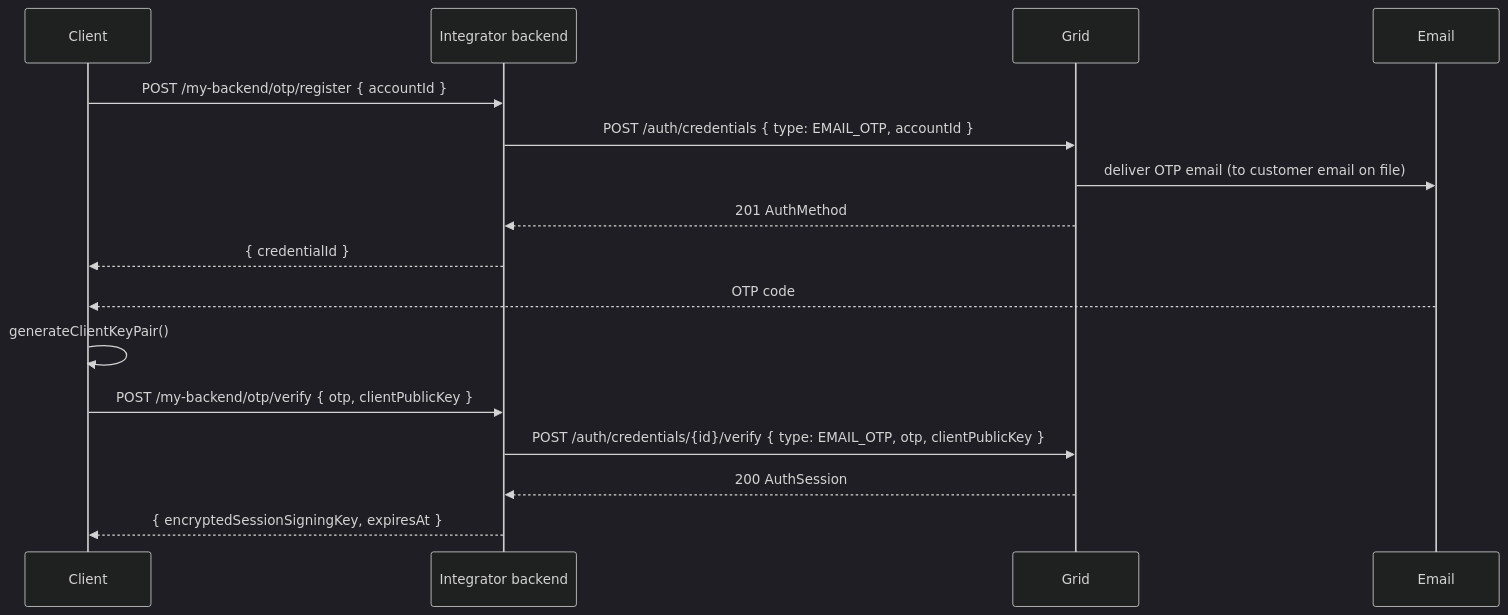
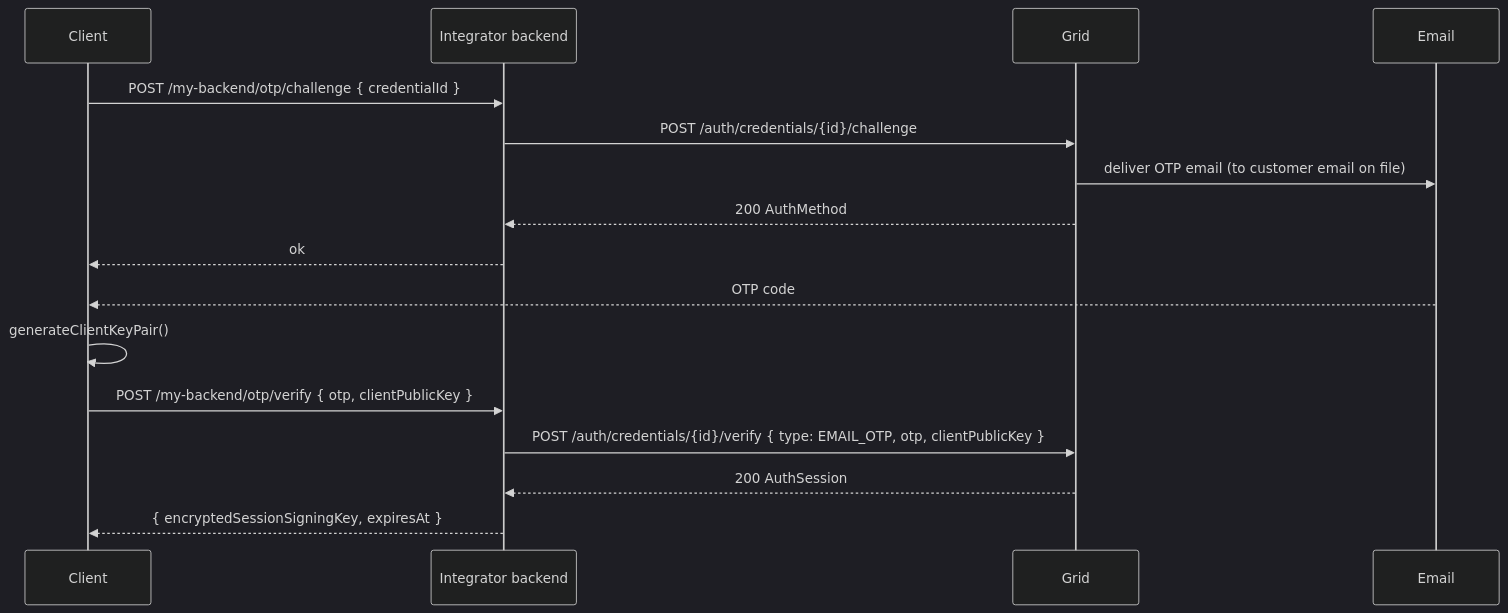
One commit to lightsparkdev/grid-api changed the fourth of 5 diagrams in mintlify/snippets/global-accounts/authentication.mdx. Above: the diagram before and after it, drawn with Mermaid (dark theme). The commit also changed other lines of this file and 12 other files, not shown here.

````diff
--- a/mintlify/snippets/global-accounts/authentication.mdx
+++ b/mintlify/snippets/global-accounts/authentication.mdx
@@ -425,19 +470,19 @@
 ```mermaid
 sequenceDiagram
   participant C as Client
   participant IB as Integrator backend
   participant G as Grid
   participant E as Email
 
-  C->>IB: POST /my-backend/otp/register { accountId }
-  IB->>G: POST /auth/credentials { type: EMAIL_OTP, accountId }
+  C->>IB: POST /my-backend/otp/challenge { credentialId }
+  IB->>G: POST /auth/credentials/{id}/challenge
   G->>E: deliver OTP email (to customer email on file)
-  G-->>IB: 201 AuthMethod
-  IB-->>C: { credentialId }
+  G-->>IB: 200 AuthMethod
+  IB-->>C: ok
   E-->>C: OTP code
   C->>C: generateClientKeyPair()
   C->>IB: POST /my-backend/otp/verify { otp, clientPublicKey }
   IB->>G: POST /auth/credentials/{id}/verify { type: EMAIL_OTP, otp, clientPublicKey }
   G-->>IB: 200 AuthSession
   IB-->>C: { encryptedSessionSigningKey, expiresAt }
 ```
````
